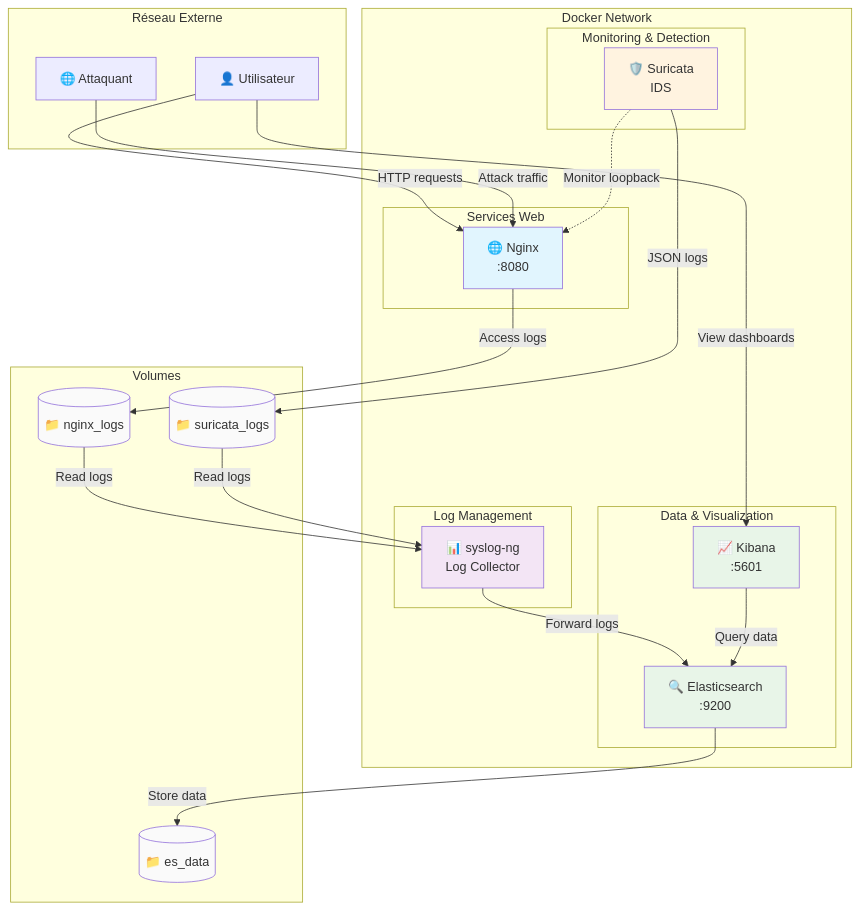
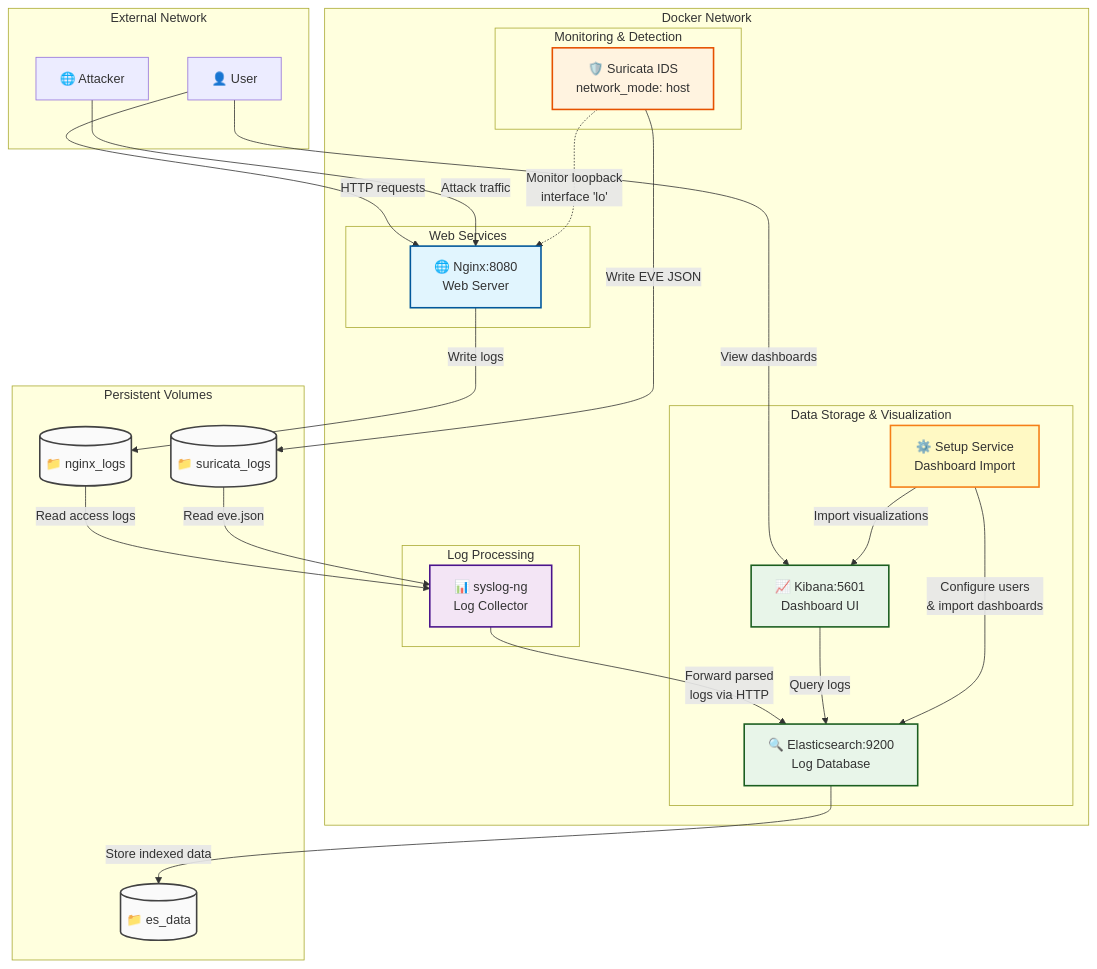
The diagram in README.md (PumpeDie/security-it-project1), drawn with Mermaid before and after one commit. The commit also changed other lines of this file and 2 other files, not shown here.

Commit message:
📚 docs(readme): update mermaid diagram and add screenshots

````diff
--- a/README.md
+++ b/README.md
@@ -52,64 +52,71 @@
 ```mermaid
 graph TB
-    subgraph "Réseau Externe"
-        A[🌐 Attaquant]
-        U[👤 Utilisateur]
+    subgraph "External Network"
+        A[🌐 Attacker]
+        U[👤 User]
     end
     
     subgraph "Docker Network"
-        subgraph "Services Web"
-            N[🌐 Nginx<br/>:8080]
+        subgraph "Web Services"
+            N[🌐 Nginx:8080<br/>Web Server]
         end
         
         subgraph "Monitoring & Detection"
-            S[🛡️ Suricata<br/>IDS]
+            S[🛡️ Suricata IDS<br/>network_mode: host]
         end
         
-        subgraph "Log Management"
+        subgraph "Log Processing"
             SL[📊 syslog-ng<br/>Log Collector]
         end
         
-        subgraph "Data & Visualization"
-            E[🔍 Elasticsearch<br/>:9200]
-            K[📈 Kibana<br/>:5601]
+        subgraph "Data Storage & Visualization"
+            E[🔍 Elasticsearch:9200<br/>Log Database]
+            K[📈 Kibana:5601<br/>Dashboard UI]
+            SETUP[⚙️ Setup Service<br/>Dashboard Import]
         end
     end
     
-    subgraph "Volumes"
+    subgraph "Persistent Volumes"
         V1[(📁 nginx_logs)]
         V2[(📁 suricata_logs)]
         V3[(📁 es_data)]
     end
     
     %% Traffic flows
     U -->|HTTP requests| N
     A -->|Attack traffic| N
     
     %% Network monitoring
-    S -.->|Monitor loopback| N
+    S -.->|Monitor loopback<br/>interface 'lo'| N
     
-    %% Log collection
-    N -->|Access logs| V1
-    S -->|JSON logs| V2
-    V1 -->|Read logs| SL
-    V2 -->|Read logs| SL
-    SL -->|Forward logs| E
+    %% Log collection paths
+    N -->|Write logs| V1
+    S -->|Write EVE JSON| V2
+    V1 -->|Read access logs| SL
+    V2 -->|Read eve.json| SL
+    SL -->|Forward parsed<br/>logs via HTTP| E
     
     %% Data storage & visualization
-    E -->|Store data| V3
-    K -->|Query data| E
+    E -->|Store indexed data| V3
+    K -->|Query logs| E
     U -->|View dashboards| K
     
+    %% Setup service initialization
+    SETUP -->|Configure users<br/>& import dashboards| E
+    SETUP -->|Import visualizations| K
+    
     %% Styling
-    classDef webService fill:#e1f5fe
-    classDef security fill:#fff3e0
-    classDef logging fill:#f3e5f5
-    classDef storage fill:#e8f5e8
-    classDef volume fill:#fafafa
+    classDef webService fill:#e1f5fe,stroke:#01579b,stroke-width:2px
+    classDef security fill:#fff3e0,stroke:#e65100,stroke-width:2px
+    classDef logging fill:#f3e5f5,stroke:#4a148c,stroke-width:2px
+    classDef storage fill:#e8f5e9,stroke:#1b5e20,stroke-width:2px
+    classDef volume fill:#fafafa,stroke:#424242,stroke-width:2px
+    classDef setup fill:#fff9c4,stroke:#f57f17,stroke-width:2px
     
     class N webService
     class S security
     class SL logging
     class E,K storage
     class V1,V2,V3 volume
+    class SETUP setup
 ```
````
